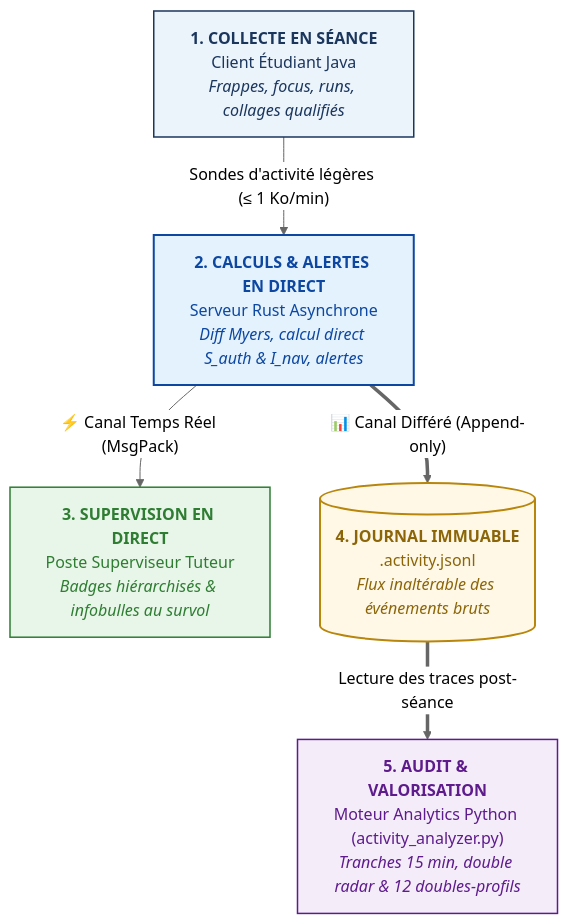
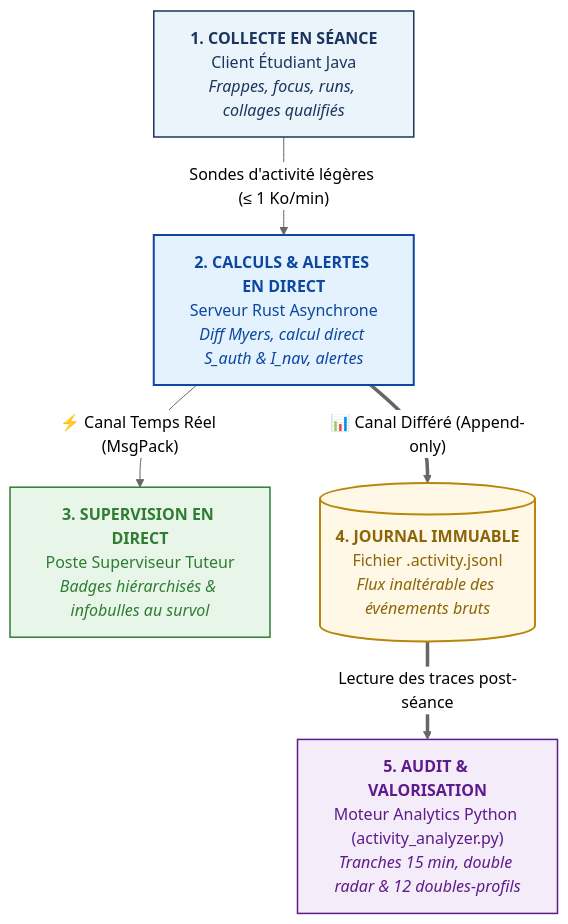
Before and after one commit to jlehuen/CodeLab: the first of 5 diagrams in docs/ACTIVITY_TRACKING.md, drawn with Mermaid (neutral theme). The commit also changed 1 other file, not shown here.

Commit message:
docs: ajustement du libelle Fichier .activity.jsonl dans le pipeline

````diff
--- a/docs/ACTIVITY_TRACKING.md
+++ b/docs/ACTIVITY_TRACKING.md
@@ -22,23 +22,23 @@
 ```mermaid
 flowchart TD
     E["<b>1. COLLECTE EN SÉANCE</b><br/>Client Étudiant Java<br/><i>Frappes, focus, runs, collages qualifiés</i>"]
     -->|"Sondes d'activité légères (≤ 1 Ko/min)"| S["<b>2. CALCULS &amp; ALERTES EN DIRECT</b><br/>Serveur Rust Asynchrone<br/><i>Diff Myers, calcul direct S_auth &amp; I_nav, alertes</i>"]
 
     S -->|"⚡ Canal Temps Réel (MsgPack)"| T["<b>3. SUPERVISION EN DIRECT</b><br/>Poste Superviseur Tuteur<br/><i>Badges hiérarchisés &amp; infobulles au survol</i>"]
 
-    S ==>|"📊 Canal Différé (Append-only)"| J[("<b>4. JOURNAL IMMUABLE</b><br/>.activity.jsonl<br/><i>Flux inaltérable des événements bruts</i>")]
+    S ==>|"📊 Canal Différé (Append-only)"| J[("<b>4. JOURNAL IMMUABLE</b><br/>Fichier .activity.jsonl<br/><i>Flux inaltérable des événements bruts</i>")]
 
     J ==>|"Lecture des traces post-séance"| A["<b>5. AUDIT &amp; VALORISATION</b><br/>Moteur Analytics Python (activity_analyzer.py)<br/><i>Tranches 15 min, double radar &amp; 12 doubles-profils</i>"]
 
     classDef client fill:#EBF3FB,stroke:#1B365D,stroke-width:1.5px,color:#1B365D;
     classDef server fill:#E3F2FD,stroke:#0D47A1,stroke-width:2px,color:#0D47A1;
     classDef tuteur fill:#E8F5E9,stroke:#2E7D32,stroke-width:1.5px,color:#2E7D32;
     classDef journal fill:#FFF8E7,stroke:#B8860B,stroke-width:2px,color:#8B6508;
     classDef audit fill:#F4ECF8,stroke:#5D1B8C,stroke-width:1.5px,color:#5D1B8C;
 
     class E client;
     class S server;
     class T tuteur;
     class J journal;
     class A audit;
 ```
````
